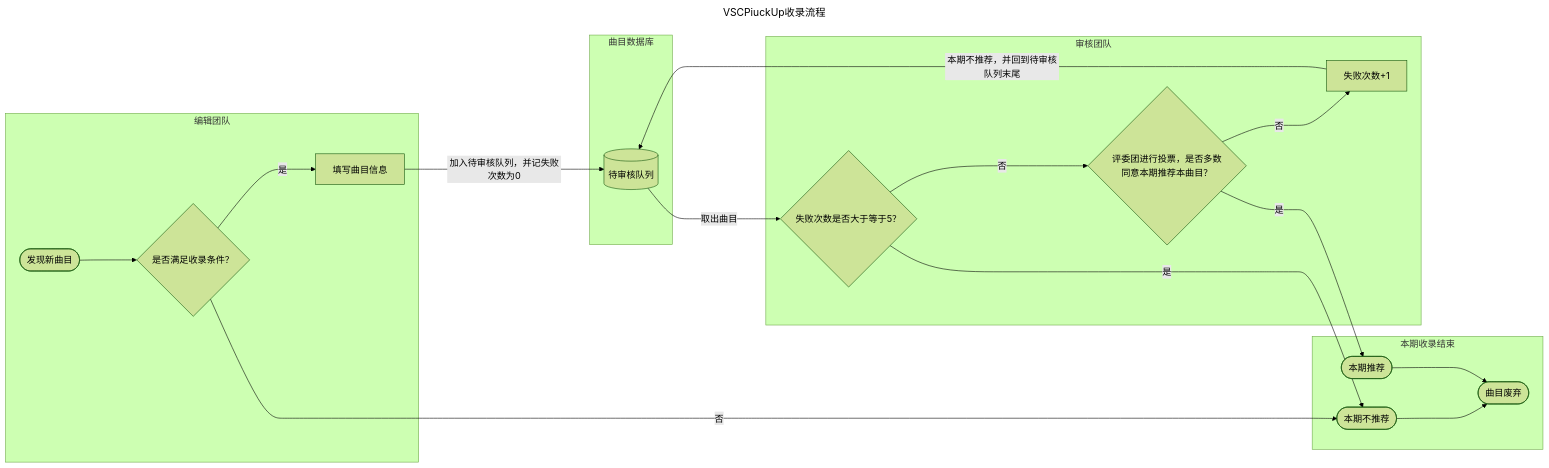
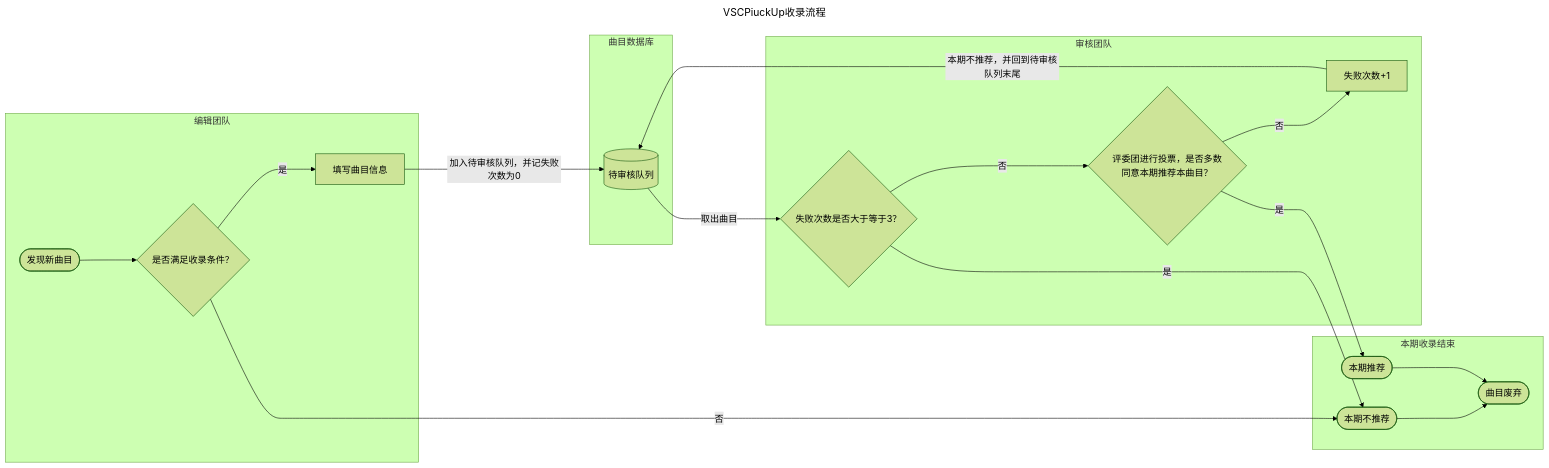
The diagram in docs/notes/weeklyPickup/运行规则/1. 收录方式与规则.md (VSCPickup/docs), drawn with Mermaid (forest theme) before and after one commit.

Commit message:
修改一个错误数据

````diff
--- a/docs/notes/weeklyPickup/运行规则/1. 收录方式与规则.md
+++ b/docs/notes/weeklyPickup/运行规则/1. 收录方式与规则.md
@@ -134,35 +134,35 @@
 ```mermaid
 ---
 title: VSCPiuckUp收录流程
 ---
 
 flowchart LR
 
 
 
     subgraph 曲目数据库
         OnProcessQueue@{ shape: cyl, label: "待审核队列" }
     end
     %% 全局节点
     subgraph 本期收录结束
         Refuse([本期不推荐]) ---> Drop
         Suggest([本期推荐]) ---> Drop
         Drop([曲目废弃])
     end
 
     subgraph 审核团队
-        OnProcessQueue ---> |取出曲目| CheckTimes{失败次数是否大于等于5？}
+        OnProcessQueue ---> |取出曲目| CheckTimes{失败次数是否大于等于3？}
         CheckTimes ---> |是| Refuse
         CheckTimes ---> |否| Vote{评委团进行投票，是否多数同意本期推荐本曲目？}
             Vote ---> |是| Suggest
             Vote ---> |否| FailedTimeAddOne[失败次数+1] ---> |本期不推荐，并回到待审核队列末尾| OnProcessQueue
     end
 
     subgraph 编辑团队
         FindNewMusic([发现新曲目])  ---> CheckIsLegal{是否满足收录条件？}
         CheckIsLegal ---> |是| WriteSuggestMessage[填写曲目信息]
             %% 曲目信息可收录，进入审核团队工作流程
             WriteSuggestMessage ---> |加入待审核队列，并记失败次数为0| OnProcessQueue
         CheckIsLegal ---> |否| Refuse
     end
 ```
````
